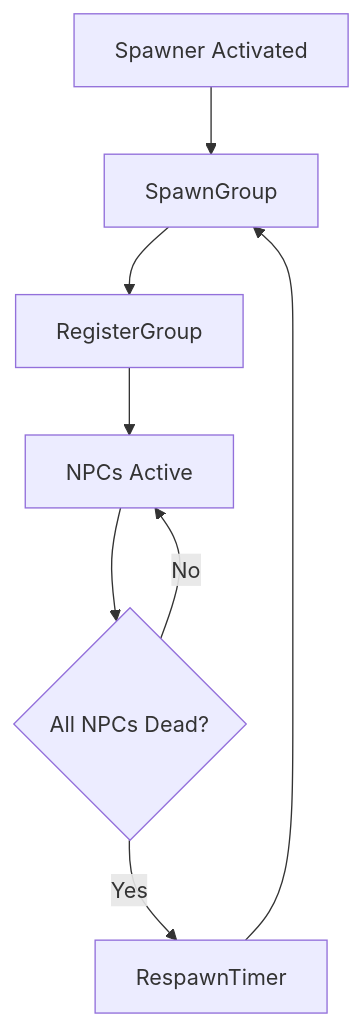
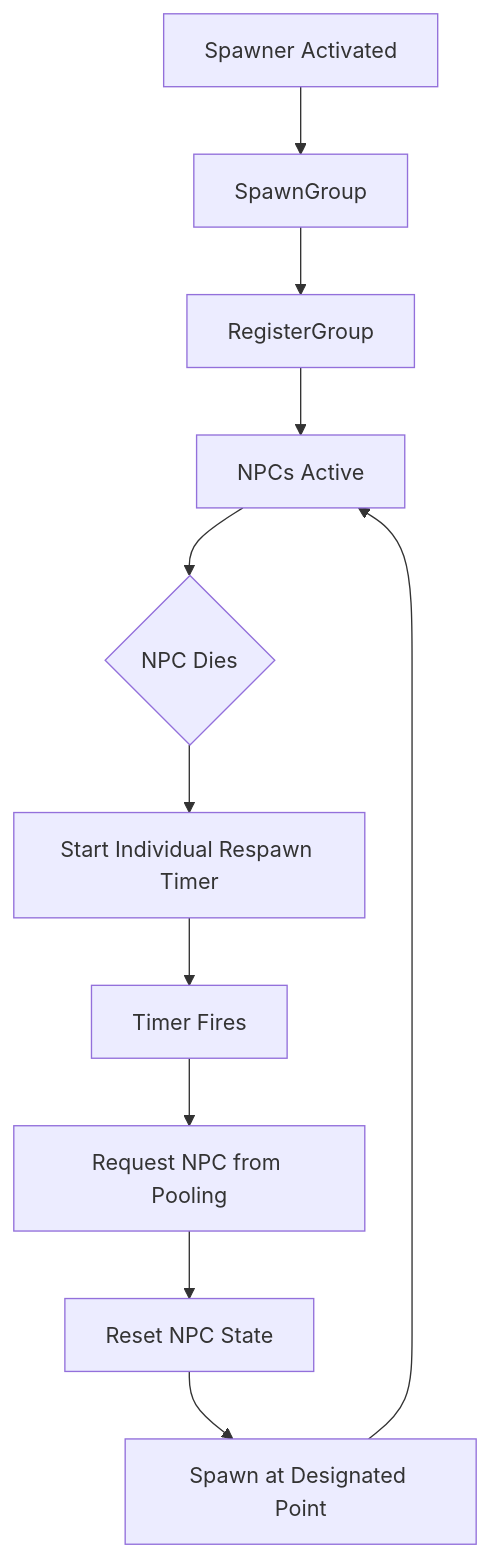
The diagram in Docs/AI/Spawner_System.md (maximoh-mmo/PortfolioTutorial), drawn with Mermaid before and after one commit. The commit also changed other lines of this file, not shown here.

First line of the commit message:
Update Spawner System doc to use per-NPC individual respawn model

````diff
--- a/Docs/AI/Spawner_System.md
+++ b/Docs/AI/Spawner_System.md
@@ -33,12 +34,14 @@
 ```mermaid
 flowchart TD
-    SpawnerStart[Spawner Activated] --> SpawnGroup
+    Start[Spawner Activated] --> SpawnGroup
     SpawnGroup --> RegisterGroup
-    RegisterGroup --> NPCsAlive[NPCs Active]
+    RegisterGroup --> NPCsActive[NPCs Active]
 
-    NPCsAlive --> AllDead{All NPCs Dead?}
-    AllDead -->|Yes| RespawnTimer
-    RespawnTimer --> SpawnGroup
-
-    AllDead -->|No| NPCsAlive
+    NPCsActive --> NPCDies{NPC Dies}
+    NPCDies --> StartTimer[Start Individual Respawn Timer]
+    StartTimer --> TimerDone[Timer Fires]
+    TimerDone --> RequestNPC[Request NPC from Pooling]
+    RequestNPC --> ResetState[Reset NPC State]
+    ResetState --> SpawnAtPoint[Spawn at Designated Point]
+    SpawnAtPoint --> NPCsActive
 ```
````
